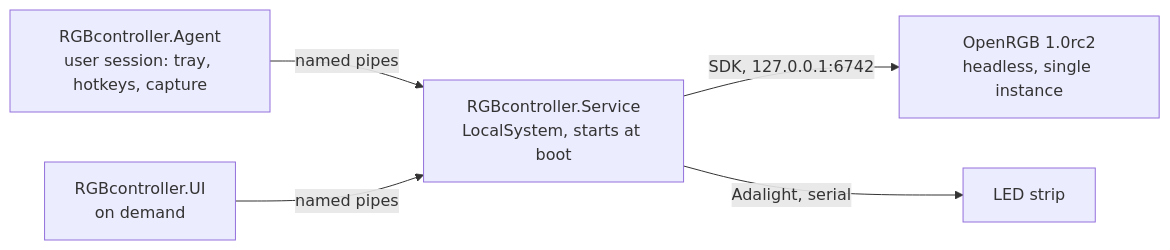
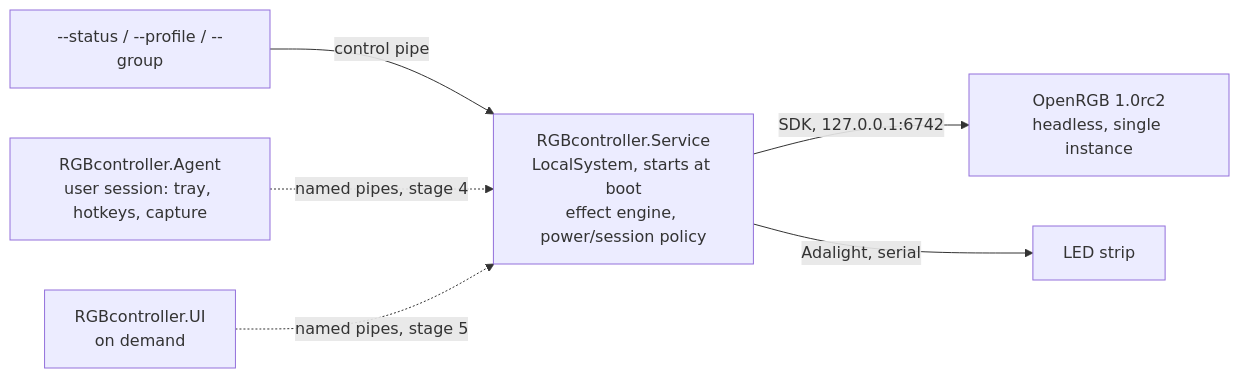
Before and after one commit to Radek-Wojcik/RGBcontroller: the diagram in README.md, drawn with Mermaid. The commit also changed other lines of this file, not shown here.

````diff
--- a/README.md
+++ b/README.md
@@ -55,7 +59,8 @@
 ```mermaid
 flowchart LR
-    S[RGBcontroller.Service<br/>LocalSystem, starts at boot] -->|SDK, 127.0.0.1:6742| O[OpenRGB 1.0rc2<br/>headless, single instance]
+    S[RGBcontroller.Service<br/>LocalSystem, starts at boot<br/>effect engine, power/session policy] -->|SDK, 127.0.0.1:6742| O[OpenRGB 1.0rc2<br/>headless, single instance]
     S -->|Adalight, serial| L[LED strip]
-    A[RGBcontroller.Agent<br/>user session: tray, hotkeys, capture] -->|named pipes| S
-    U[RGBcontroller.UI<br/>on demand] -->|named pipes| S
+    C[--status / --profile / --group] -->|control pipe| S
+    A[RGBcontroller.Agent<br/>user session: tray, hotkeys, capture] -.->|named pipes, stage 4| S
+    U[RGBcontroller.UI<br/>on demand] -.->|named pipes, stage 5| S
 ```
````
